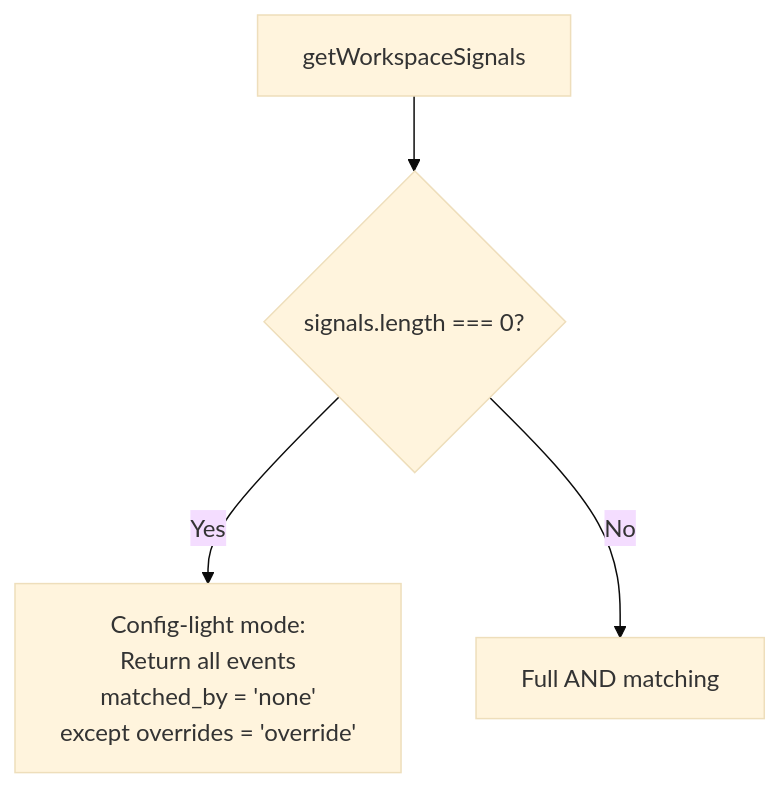
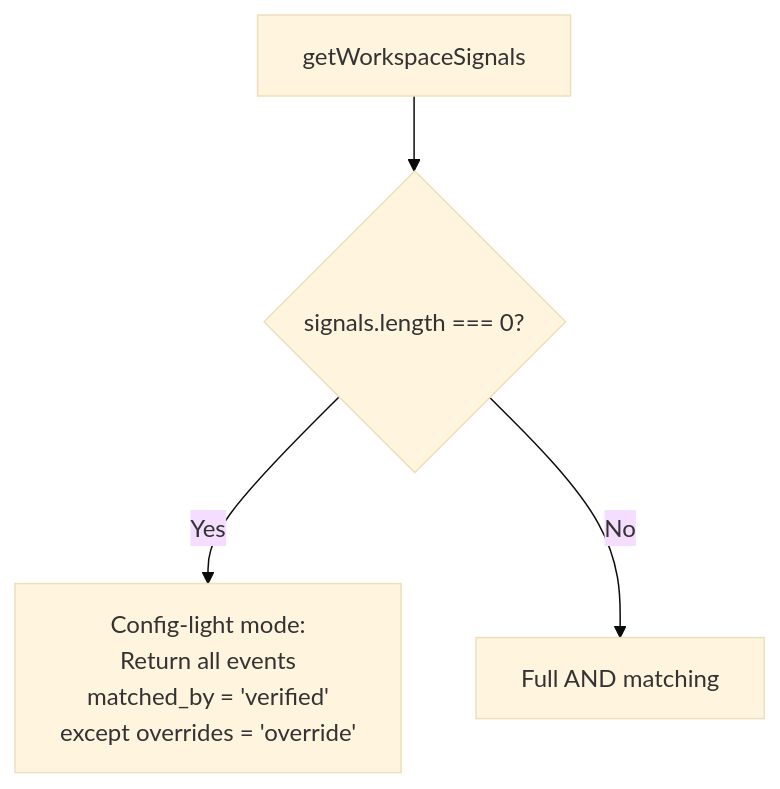
The fourth of 4 diagrams in docs/architecture/signal-matching.md (ksharmaGN/venzio), drawn with Mermaid (base theme) before and after one commit. The commit also changed other lines of this file and 14 other files, not shown here.

````diff
--- a/docs/architecture/signal-matching.md
+++ b/docs/architecture/signal-matching.md
@@ -180,6 +171,6 @@
 ```mermaid
 flowchart TD
   A[getWorkspaceSignals] --> B{signals.length === 0?}
-  B -->|Yes| C[Config-light mode:\nReturn all events\nmatched_by = 'none'\nexcept overrides = 'override']
+  B -->|Yes| C[Config-light mode:\nReturn all events\nmatched_by = 'verified'\nexcept overrides = 'override']
   B -->|No| D[Full AND matching]
 ```
````
